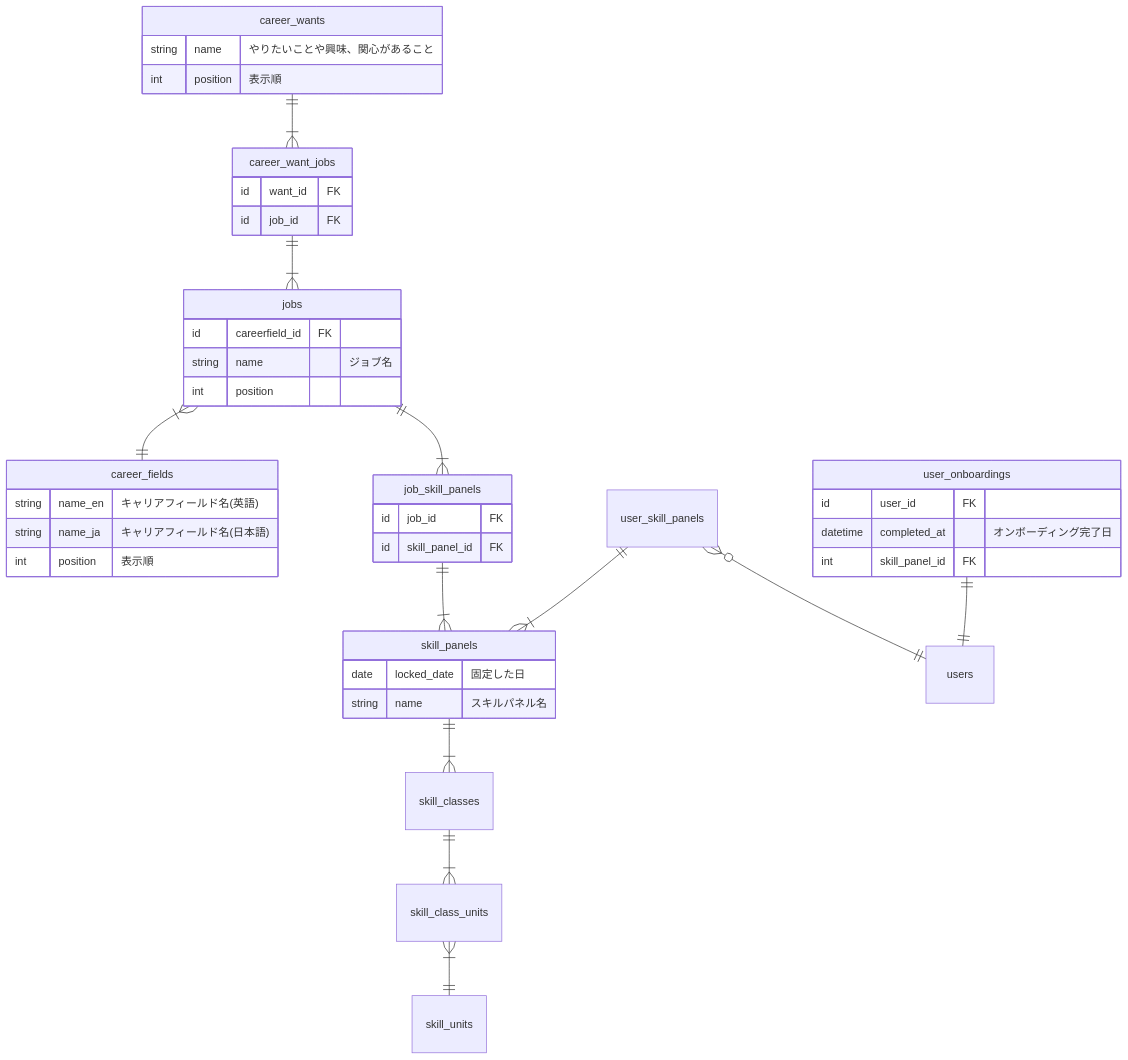
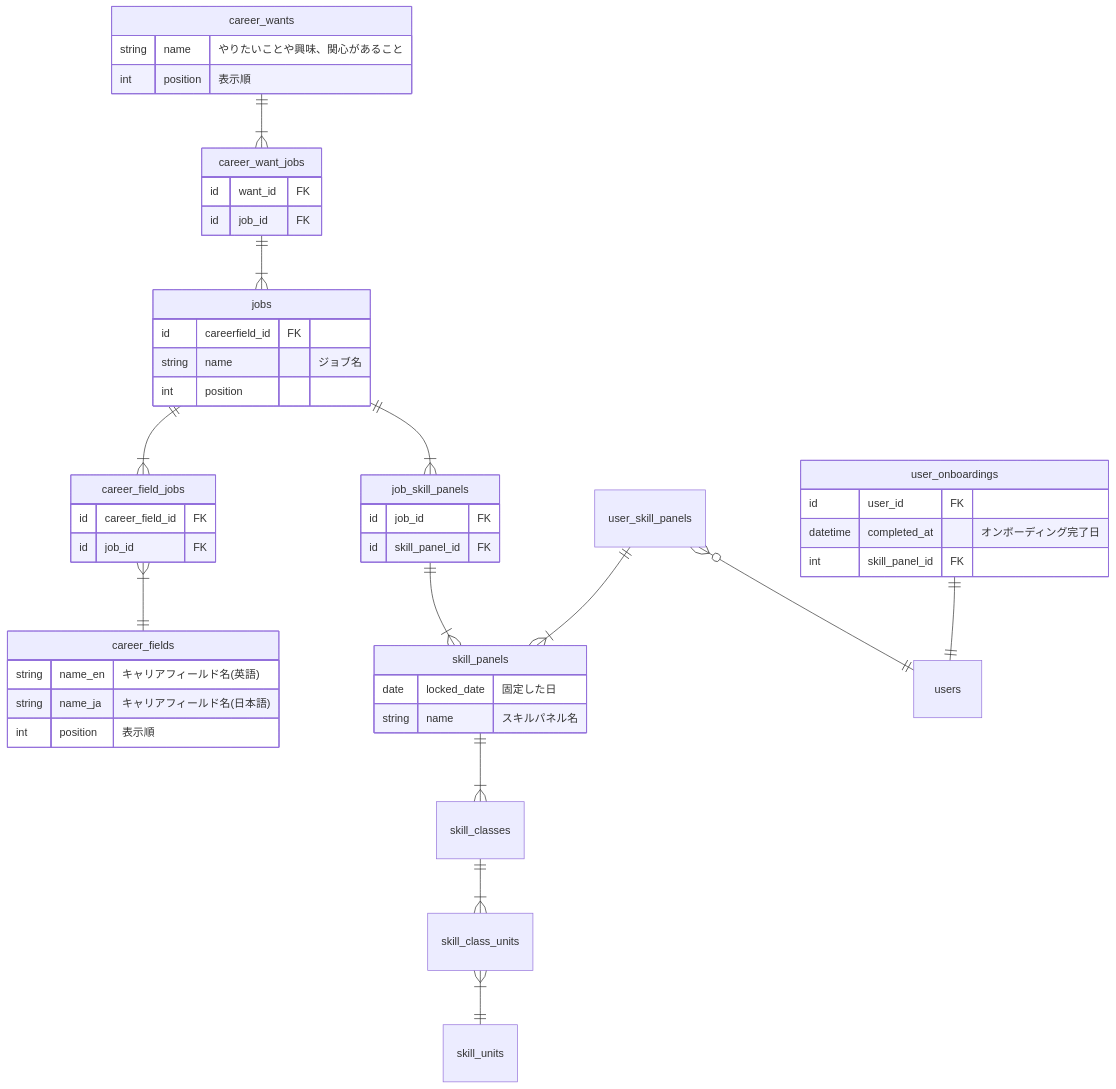
One commit to bright-org/bright changed the diagram in docs/conceptual_schemas/onbordings.md. Above: the diagram before and after it, drawn with Mermaid. The commit also changed other lines of this file, not shown here.

Commit message:
オンボーディングのテーブル定義docにcareer_field_jobs追加

````diff
--- a/docs/conceptual_schemas/onbordings.md
+++ b/docs/conceptual_schemas/onbordings.md
@@ -22,52 +22,58 @@
 ```mermaid
 erDiagram
   career_wants ||--|{ career_want_jobs : ""
   career_want_jobs ||--|{ jobs : ""
-  jobs }|--|| career_fields : ""
+  jobs ||--|{ career_field_jobs : ""
+  career_field_jobs }|--|| career_fields : ""
   jobs ||--|{ job_skill_panels : ""
   job_skill_panels ||--|{ skill_panels : ""
   user_skill_panels ||--|{ skill_panels : ""
   user_skill_panels }o--|| users : ""
   user_onboardings ||--|| users : ""
   skill_panels ||--|{ skill_classes : ""
   skill_classes ||--|{ skill_class_units : ""
   skill_class_units }|--|| skill_units : ""
 
   user_onboardings {
     id user_id FK
     datetime completed_at "オンボーディング完了日"
     int skill_panel_id FK
   }
 
   career_wants {
     string name "やりたいことや興味、関心があること"
     int position "表示順"
   }
 
   career_want_jobs {
     id want_id FK
     id job_id FK
   }
 
   career_fields {
     string name_en "キャリアフィールド名(英語)"
     string name_ja "キャリアフィールド名(日本語)"
     int position "表示順"
   }
 
+  career_field_jobs {
+    id career_field_id FK
+    id job_id FK
+  }
+
   jobs {
     id careerfield_id FK
     string name "ジョブ名"
     int position
   }
 
   job_skill_panels {
     id job_id FK
     id skill_panel_id FK
   }
 
   skill_panels {
     date locked_date "固定した日"
     string name "スキルパネル名"
   }
 ```
````
